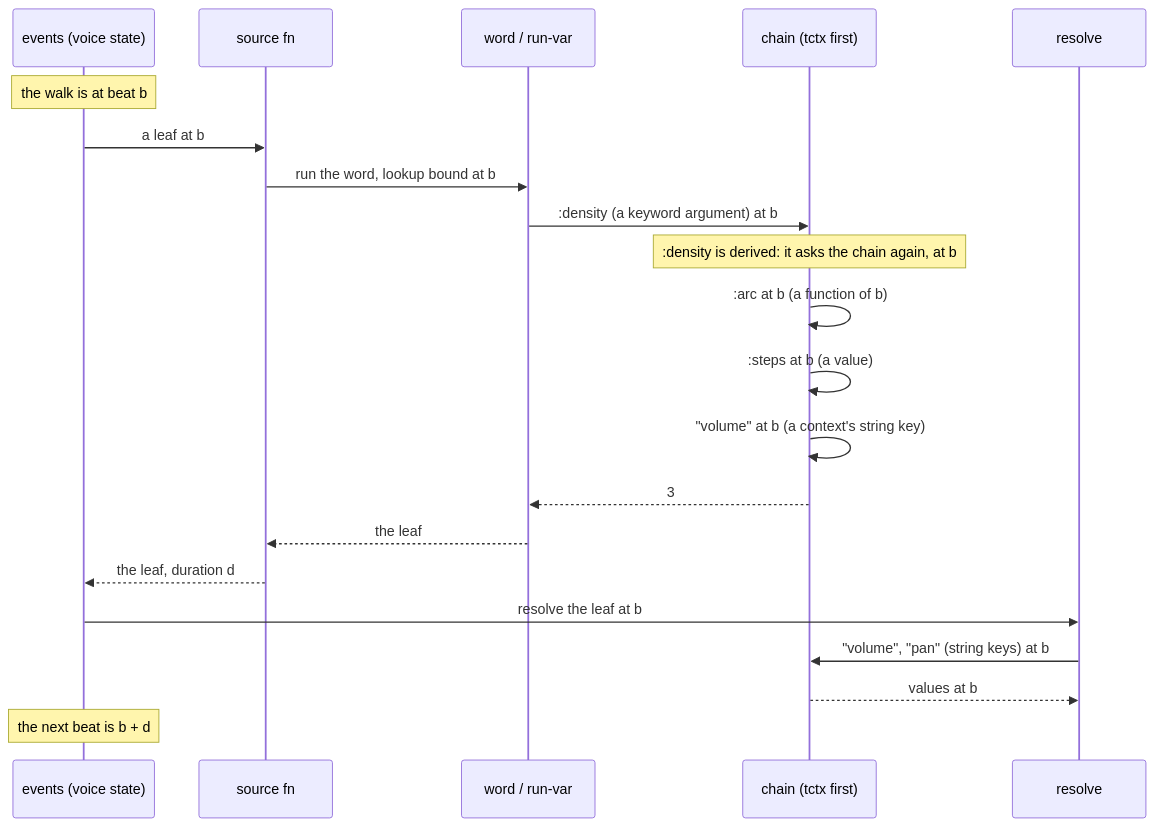
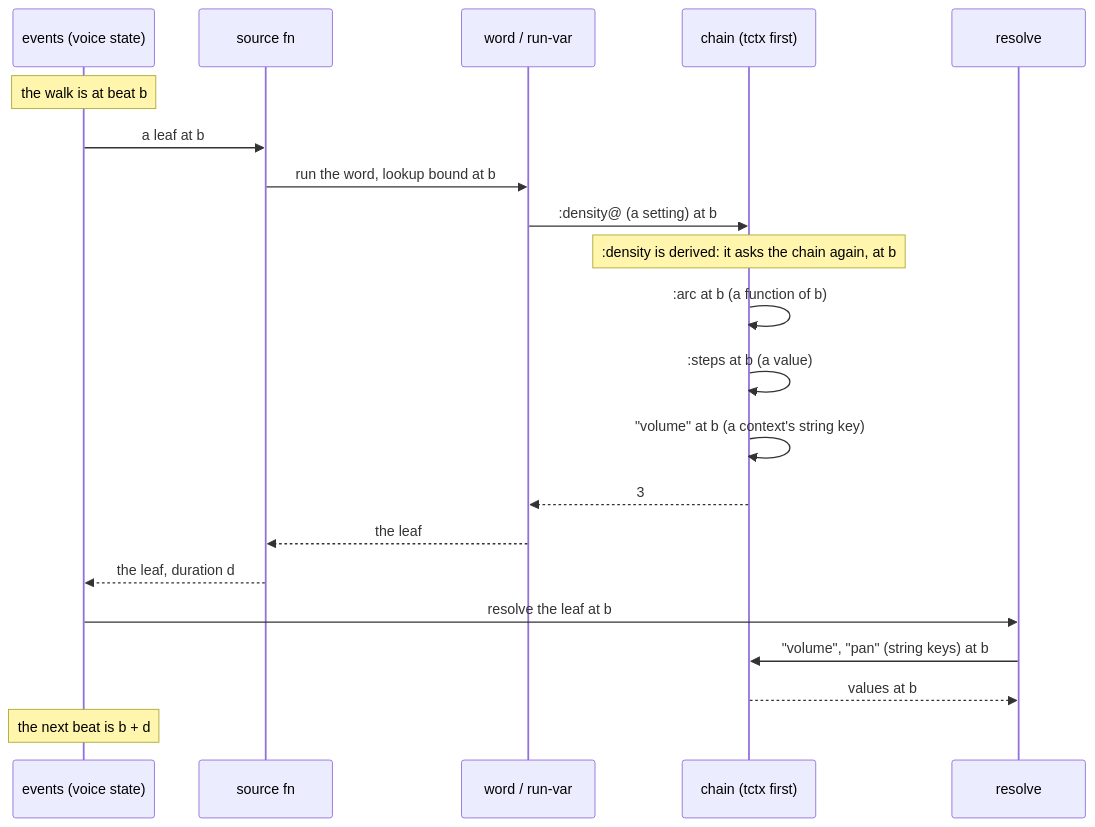
The third of 3 diagrams in doc/md/pull-voice.md (gebdevalk/musics), drawn with Mermaid before and after one commit. The commit also changed other lines of this file and 14 other files, not shown here.

Commit message:
a setting is read as :key@ and what the tctx holds as :key'; T! takes a quotation; the keyword-argument substitution, tctx-derive and T@@ are gone

````diff
--- a/doc/md/pull-voice.md
+++ b/doc/md/pull-voice.md
@@ -64,24 +64,24 @@
 ```mermaid
 sequenceDiagram
   participant E as events (voice state)
   participant S as source fn
   participant W as word / run-var
   participant C as chain (tctx first)
   participant R as resolve
 
   Note over E: the walk is at beat b
   E->>S: a leaf at b
   S->>W: run the word, lookup bound at b
-  W->>C: :density (a keyword argument) at b
+  W->>C: :density@ (a setting) at b
   Note over C: :density is derived: it asks the chain again, at b
   C->>C: :arc at b (a function of b)
   C->>C: :steps at b (a value)
   C->>C: "volume" at b (a context's string key)
   C-->>W: 3
   W-->>S: the leaf
   S-->>E: the leaf, duration d
   E->>R: resolve the leaf at b
   R->>C: "volume", "pan" (string keys) at b
   C-->>R: values at b
   Note over E: the next beat is b + d
 ```
````
